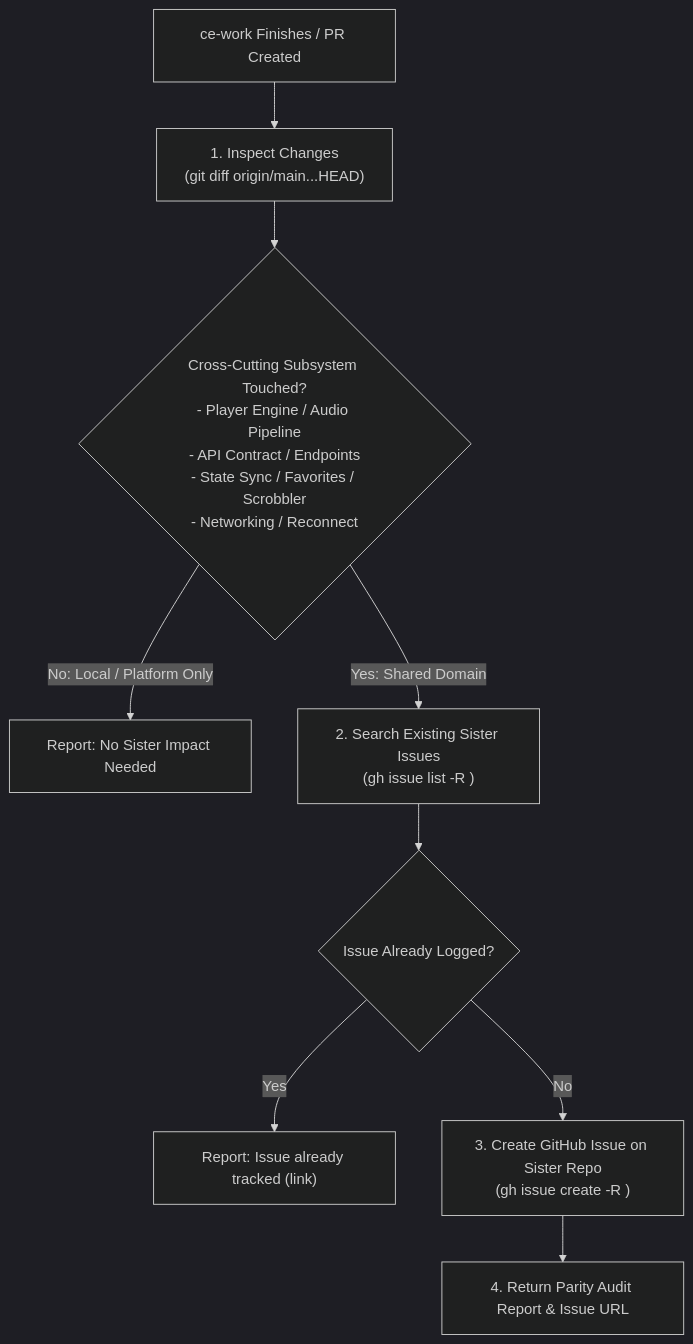
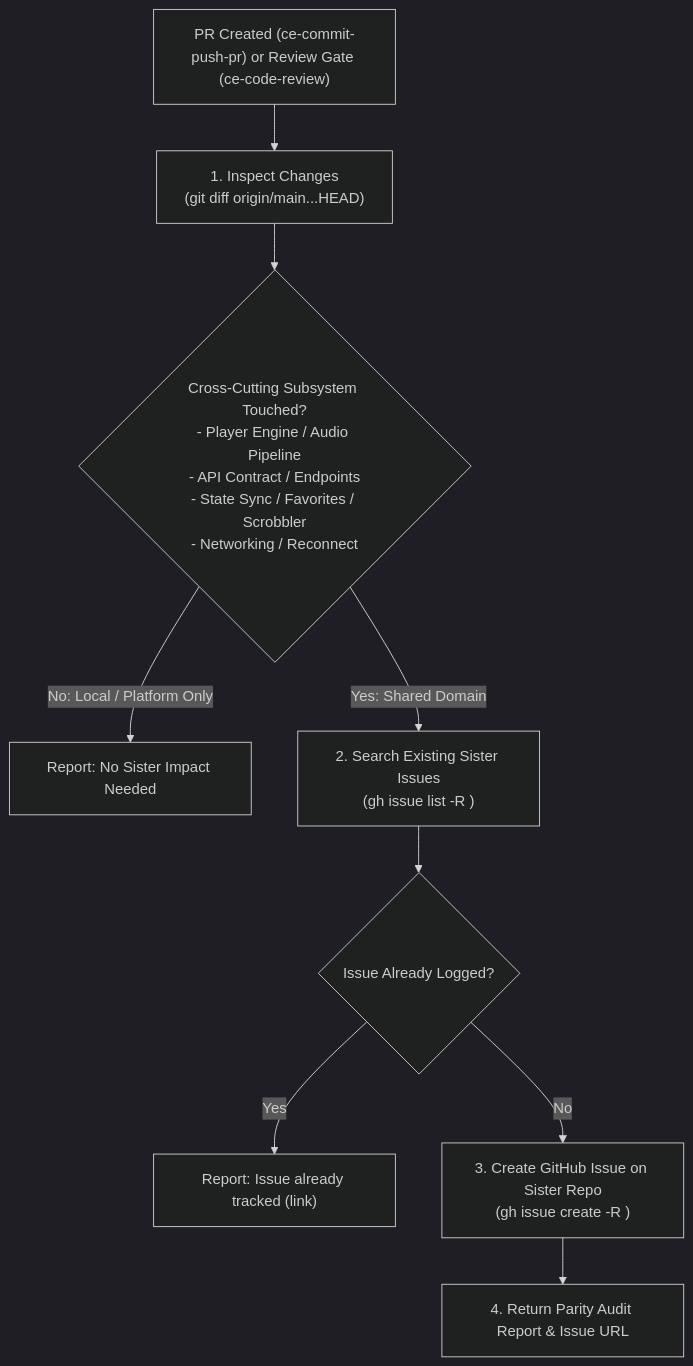
The diagram in .agents/skills/cross-project-parity/SKILL.md (sonzra/sonzra), drawn with Mermaid (dark theme) before and after one commit. The commit also changed other lines of this file and 1 other file, not shown here.

Commit message:
docs(agents): attach cross-project parity hook to PR creation and review gate (#37)

````diff
--- a/.agents/skills/cross-project-parity/SKILL.md
+++ b/.agents/skills/cross-project-parity/SKILL.md
@@ -27,14 +27,14 @@
 ```mermaid
 flowchart TD
-    Trigger["ce-work Finishes / PR Created"] --> InspectDiff["1. Inspect Changes\n(git diff origin/main...HEAD)"]
+    Trigger["PR Created (ce-commit-push-pr) or Review Gate (ce-code-review)"] --> InspectDiff["1. Inspect Changes\n(git diff origin/main...HEAD)"]
     InspectDiff --> AuditImpact{"Cross-Cutting Subsystem Touched?\n- Player Engine / Audio Pipeline\n- API Contract / Endpoints\n- State Sync / Favorites / Scrobbler\n- Networking / Reconnect"}
     
     AuditImpact -->|No: Local / Platform Only| NoAction["Report: No Sister Impact Needed"]
     
     AuditImpact -->|Yes: Shared Domain| CheckDups["2. Search Existing Sister Issues\n(gh issue list -R <sister-repo>)"]
     CheckDups --> DupExists{"Issue Already Logged?"}
     DupExists -->|Yes| SkipDup["Report: Issue already tracked (link)"]
     
     DupExists -->|No| CreateIssue["3. Create GitHub Issue on Sister Repo\n(gh issue create -R <sister-repo>)"]
     CreateIssue --> Report["4. Return Parity Audit Report & Issue URL"]
 ```
````
